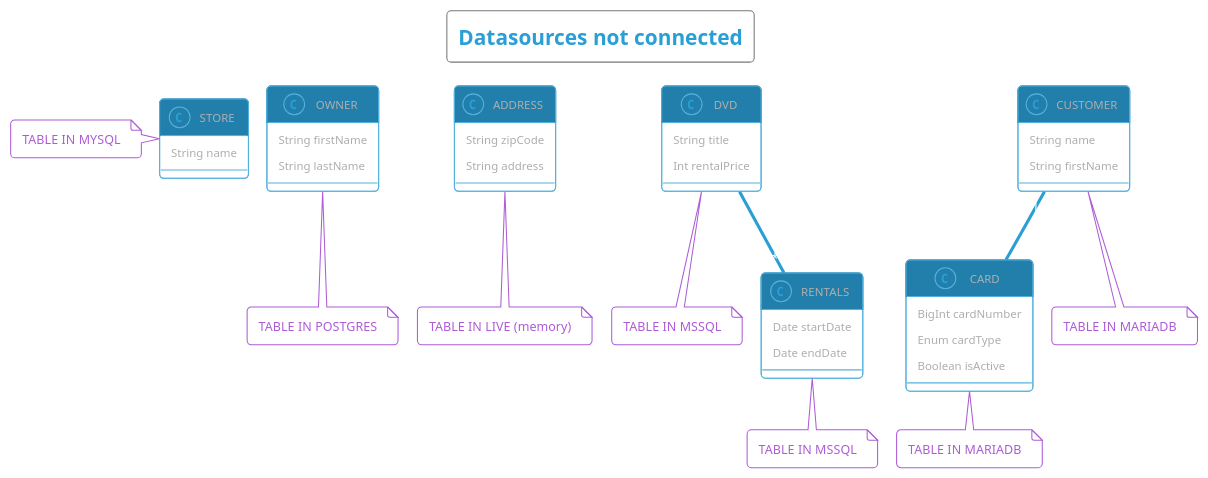
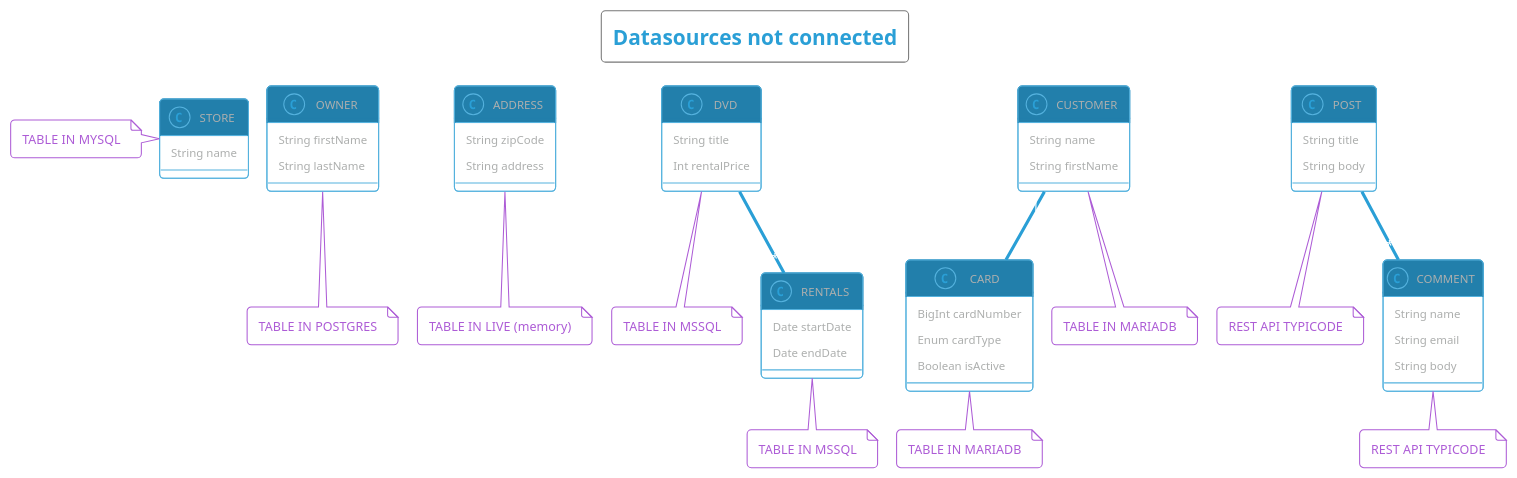
Before and after one commit to ForestAdmin/agent-nodejs: the diagram in packages/_example/datasources.puml, drawn with PlantUML. The commit also changed 8 other files, not shown here.

```diff
--- a/packages/_example/datasources.puml
+++ b/packages/_example/datasources.puml
@@ -1,57 +1,71 @@
 @startuml
 !pragma layout smetana
 !theme cyborg-outline
 
 title: Datasources not connected
 
 class STORE {
   String name
 }
 class STORE
 note left: TABLE IN MYSQL
 
 class OWNER {
   String firstName
   String lastName
 }
 class OWNER
 note bottom: TABLE IN POSTGRES
 
 class ADDRESS {
   String zipCode
   String address
 }
 class ADDRESS
 note bottom: TABLE IN LIVE (memory)
 
 class DVD {
   String title
   Int rentalPrice
 }
 class DVD
 note bottom: TABLE IN MSSQL
 
 class RENTALS {
   Date startDate
   Date endDate
 }
 class RENTALS
 note bottom: TABLE IN MSSQL
 
 class CARD {
   BigInt cardNumber
   Enum cardType
   Boolean isActive
 }
 note bottom: TABLE IN MARIADB
 
 class CUSTOMER {
   String name
   String firstName
 }
 note bottom: TABLE IN MARIADB
 
+class POST {
+  String title
+  String body
+}
+note bottom: REST API TYPICODE
+
+class COMMENT {
+  String name
+  String email
+  String body
+}
+note bottom: REST API TYPICODE
+
+POST "1" -- "*" COMMENT : has
 DVD "*" -- "*" RENTALS : has
 CUSTOMER "1" -- "*" CARD : has
 
 @enduml
```
